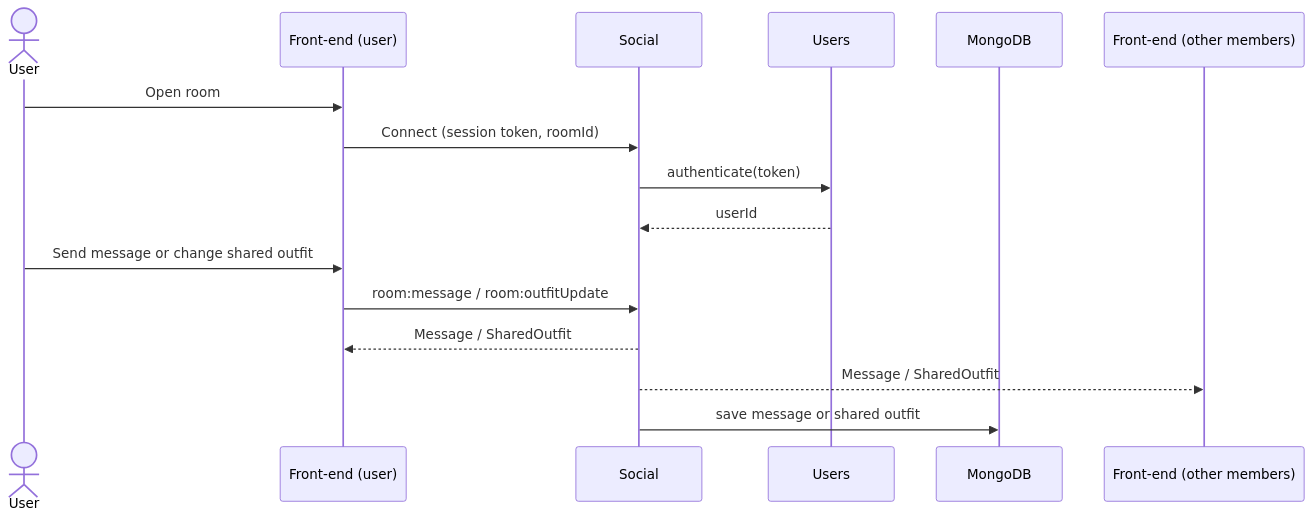
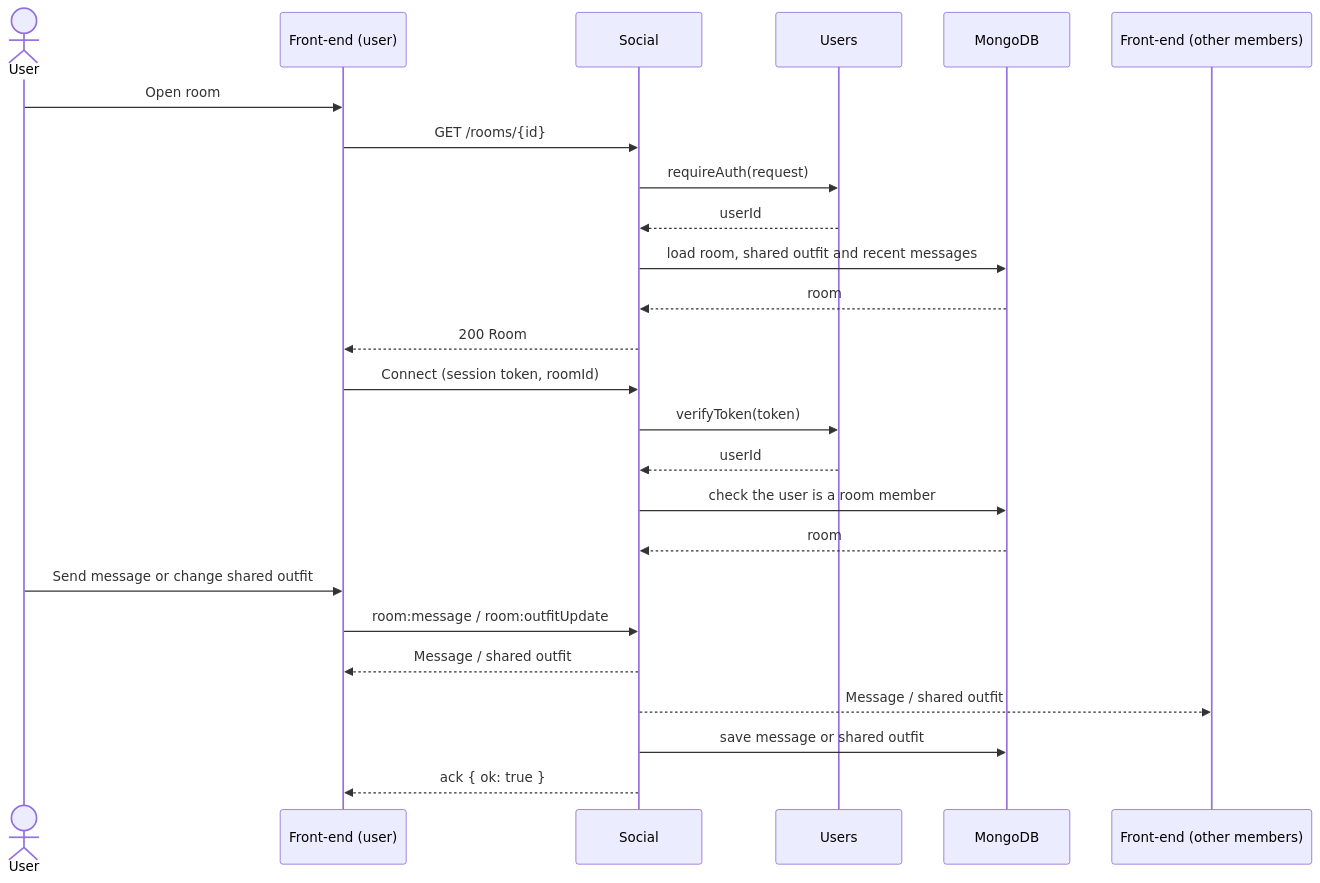
Before and after one commit to evannawfal/fabricate: the fourth of 6 diagrams in documentation/Requirements_and_Design.md, drawn with Mermaid. The commit also changed other lines of this file, not shown here.

````diff
--- a/documentation/Requirements_and_Design.md
+++ b/documentation/Requirements_and_Design.md
@@ -423,19 +443,28 @@
 ```mermaid
 sequenceDiagram
     actor U as User
     participant FE as Front-end (user)
     participant SO as Social
     participant US as Users
     participant DB as MongoDB
     participant FE2 as Front-end (other members)
 
     U->>FE: Open room
+    FE->>SO: GET /rooms/{id}
+    SO->>US: requireAuth(request)
+    US-->>SO: userId
+    SO->>DB: load room, shared outfit and recent messages
+    DB-->>SO: room
+    SO-->>FE: 200 Room
     FE->>SO: Connect (session token, roomId)
-    SO->>US: authenticate(token)
+    SO->>US: verifyToken(token)
     US-->>SO: userId
+    SO->>DB: check the user is a room member
+    DB-->>SO: room
     U->>FE: Send message or change shared outfit
     FE->>SO: room:message / room:outfitUpdate
-    SO-->>FE: Message / SharedOutfit
-    SO-->>FE2: Message / SharedOutfit
+    SO-->>FE: Message / shared outfit
+    SO-->>FE2: Message / shared outfit
     SO->>DB: save message or shared outfit
+    SO-->>FE: ack { ok: true }
 ```
````
